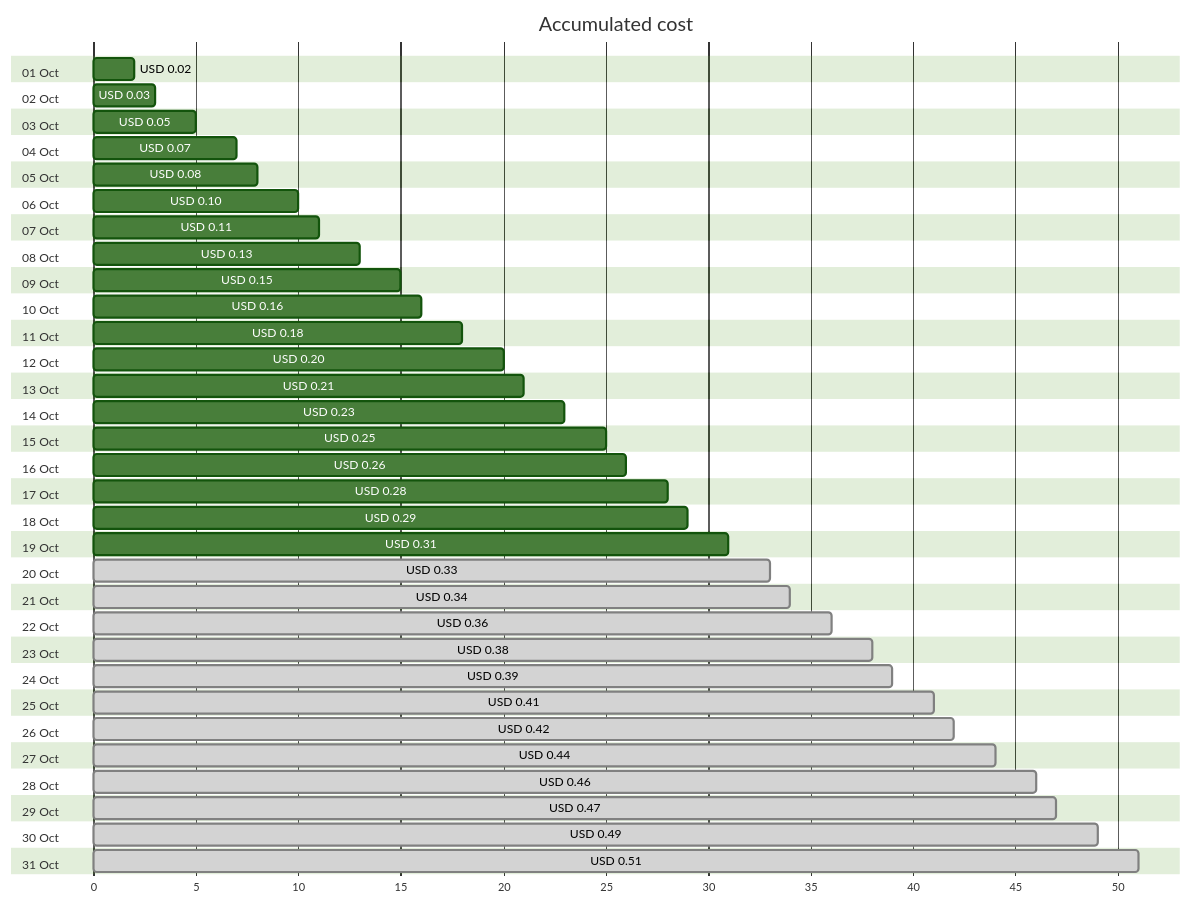
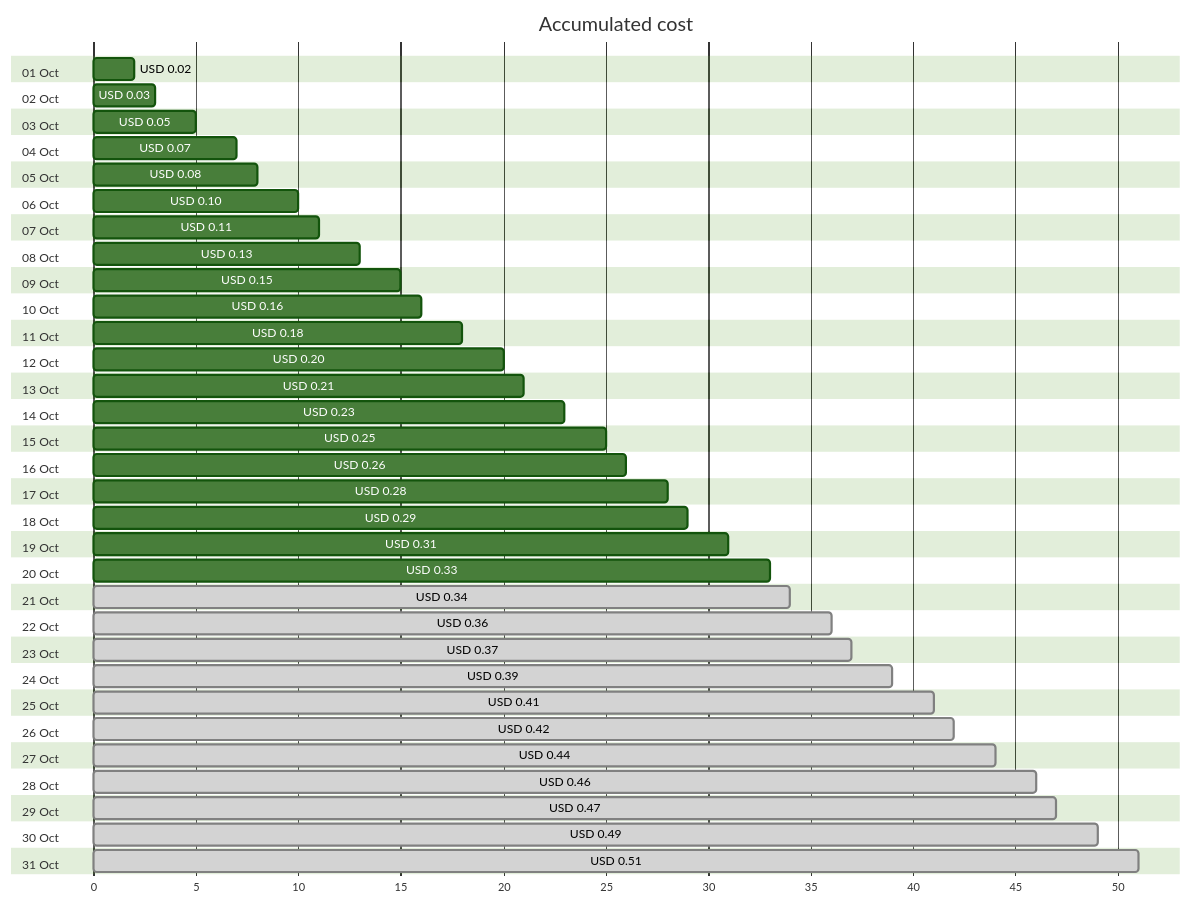
Before and after one commit to jpfulton/azure-personal-reports: the first of 4 diagrams in cost-reports/personal-dns/jpatrickfulton.dev.md, drawn with Mermaid (forest theme). The commit also changed other lines of this file and 2 other files, not shown here.

````diff
--- a/cost-reports/personal-dns/jpatrickfulton.dev.md
+++ b/cost-reports/personal-dns/jpatrickfulton.dev.md
@@ -20,68 +20,68 @@
 ```mermaid
 gantt
    title Accumulated cost
    dateFormat  X
    axisFormat %s
    section 01 Oct
    USD 0.02 :0, 2
    section 02 Oct
    USD 0.03 :0, 3
    section 03 Oct
    USD 0.05 :0, 5
    section 04 Oct
    USD 0.07 :0, 7
    section 05 Oct
    USD 0.08 :0, 8
    section 06 Oct
    USD 0.10 :0, 10
    section 07 Oct
    USD 0.11 :0, 11
    section 08 Oct
    USD 0.13 :0, 13
    section 09 Oct
    USD 0.15 :0, 15
    section 10 Oct
    USD 0.16 :0, 16
    section 11 Oct
    USD 0.18 :0, 18
    section 12 Oct
    USD 0.20 :0, 20
    section 13 Oct
    USD 0.21 :0, 21
    section 14 Oct
    USD 0.23 :0, 23
    section 15 Oct
    USD 0.25 :0, 25
    section 16 Oct
    USD 0.26 :0, 26
    section 17 Oct
    USD 0.28 :0, 28
    section 18 Oct
    USD 0.29 :0, 29
    section 19 Oct
    USD 0.31 :0, 31
    section 20 Oct
-   USD 0.33 : done, 0, 33
+   USD 0.33 :0, 33
    section 21 Oct
    USD 0.34 : done, 0, 34
    section 22 Oct
    USD 0.36 : done, 0, 36
    section 23 Oct
-   USD 0.38 : done, 0, 38
+   USD 0.37 : done, 0, 37
    section 24 Oct
    USD 0.39 : done, 0, 39
    section 25 Oct
    USD 0.41 : done, 0, 41
    section 26 Oct
    USD 0.42 : done, 0, 42
    section 27 Oct
    USD 0.44 : done, 0, 44
    section 28 Oct
    USD 0.46 : done, 0, 46
    section 29 Oct
    USD 0.47 : done, 0, 47
    section 30 Oct
    USD 0.49 : done, 0, 49
    section 31 Oct
    USD 0.51 : done, 0, 51
 ```
````
